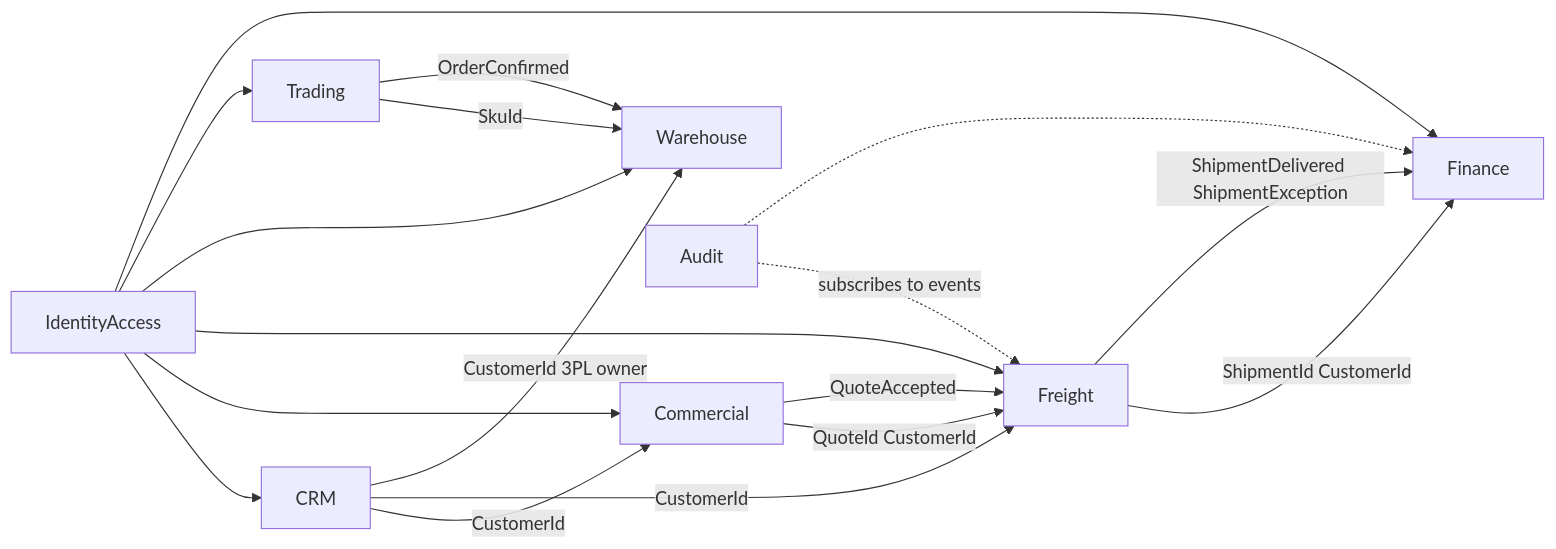
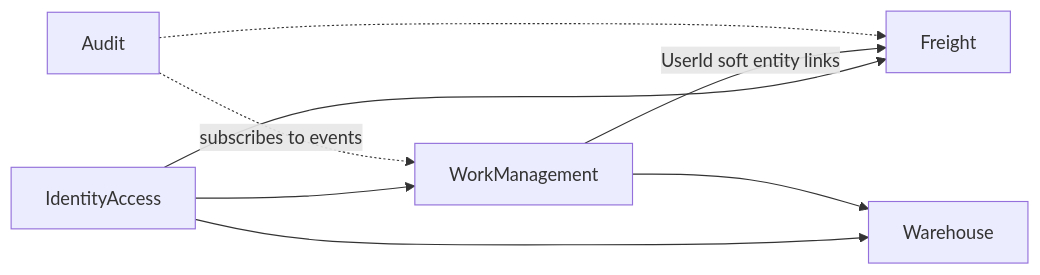
One commit to mohammadalfnish7-make/karam-alarab-erp changed the diagram in .cursor/skills/ddd-architecture/SKILL.md. Above: the diagram before and after it, drawn with Mermaid. The commit also changed other lines of this file and 35 other files, not shown here.

````diff
--- a/.cursor/skills/ddd-architecture/SKILL.md
+++ b/.cursor/skills/ddd-architecture/SKILL.md
@@ -22,29 +22,16 @@
 ```mermaid
 flowchart LR
   IA[IdentityAccess]
-  CRM[CRM]
-  COM[Commercial]
+  WM[WorkManagement]
   FR[Freight]
   WH[Warehouse]
-  TR[Trading]
-  FIN[Finance]
   AUD[Audit]
 
-  CRM -->|CustomerId| COM
-  CRM -->|CustomerId| FR
-  COM -->|QuoteId CustomerId| FR
-  FR -->|ShipmentId CustomerId| FIN
-  TR -->|SkuId| WH
-  CRM -->|CustomerId 3PL owner| WH
-  FR -->|ShipmentDelivered ShipmentException| FIN
-  COM -->|QuoteAccepted| FR
-  TR -->|OrderConfirmed| WH
-  IA --> CRM
-  IA --> COM
+  IA --> WM
   IA --> FR
   IA --> WH
-  IA --> TR
-  IA --> FIN
-  AUD -.->|subscribes to events| FR
-  AUD -.-> FIN
+  WM -->|UserId soft entity links| FR
+  WM --> WH
+  AUD -.->|subscribes to events| WM
+  AUD -.-> FR
 ```
````
